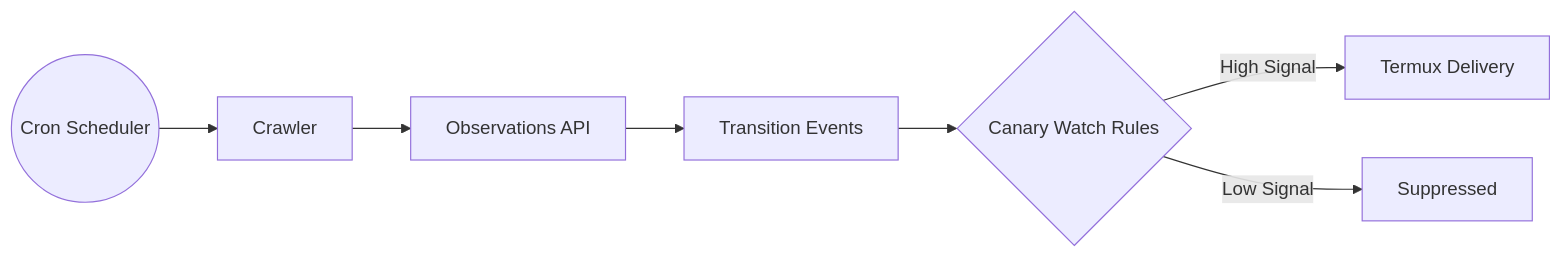
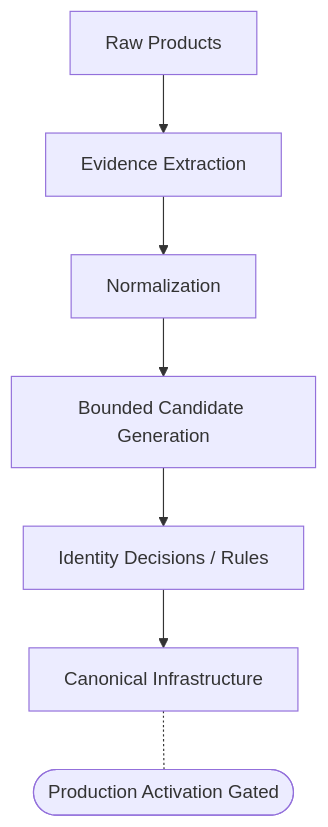
The second of 3 diagrams in docs/ARCHITECTURE.md (yorologo/DealHunter), drawn with Mermaid before and after one commit. The commit also changed other lines of this file and 2 other files, not shown here.

Commit message:
docs: finalize architecture diagrams and versioning for pre-main promotion

````diff
--- a/docs/ARCHITECTURE.md
+++ b/docs/ARCHITECTURE.md
@@ -17,9 +13,9 @@
 ```mermaid
-graph LR
-    A((Cron Scheduler)) --> B[Crawler]
-    B --> C[Observations API]
-    C --> D[Transition Events]
-    D --> E{Canary Watch Rules}
-    E -->|High Signal| F[Termux Delivery]
-    E -->|Low Signal| G[Suppressed]
+graph TD
+    A[Raw Products] --> B[Evidence Extraction]
+    B --> C[Normalization]
+    C --> D[Bounded Candidate Generation]
+    D --> E[Identity Decisions / Rules]
+    E --> F[Canonical Infrastructure]
+    F -.- G([Production Activation Gated])
 ```
````
